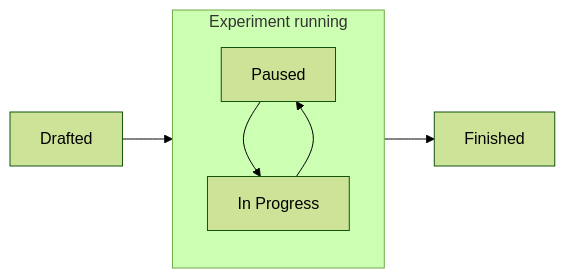
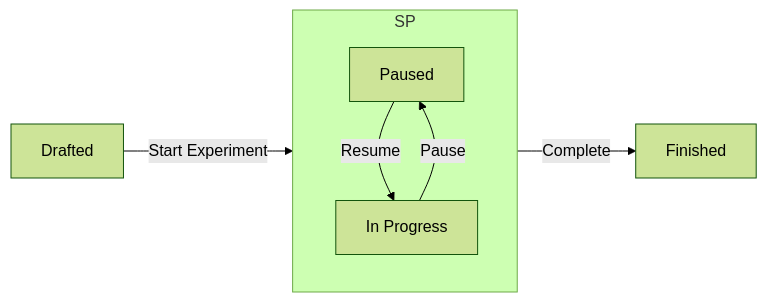
One commit to Gleef-Solutions/docs changed the diagram in how-to/manage.mdx. Above: the diagram before and after it, drawn with Mermaid (forest theme). The commit also changed other lines of this file, not shown here.

`````diff
--- a/how-to/manage.mdx
+++ b/how-to/manage.mdx
@@ -8,11 +8,12 @@
 ```mermaid
 flowchart LR
-    A[Drafted]
-    subgraph SP[Experiment running]
+    A[Drafted] --> |Start Experiment| SP[Experiment Running]
+
+    subgraph SP
       direction TB
-      B[Paused] --> C[In Progress]
-      C --> B
+      B[Paused] --> |Resume| C[In Progress]
+      C[In Progress] --> |Pause| B[Paused]
     end
-    A --> SP
-    SP --> D[Finished]
+
+    SP --> |Complete| D[Finished]
 ````
`````
